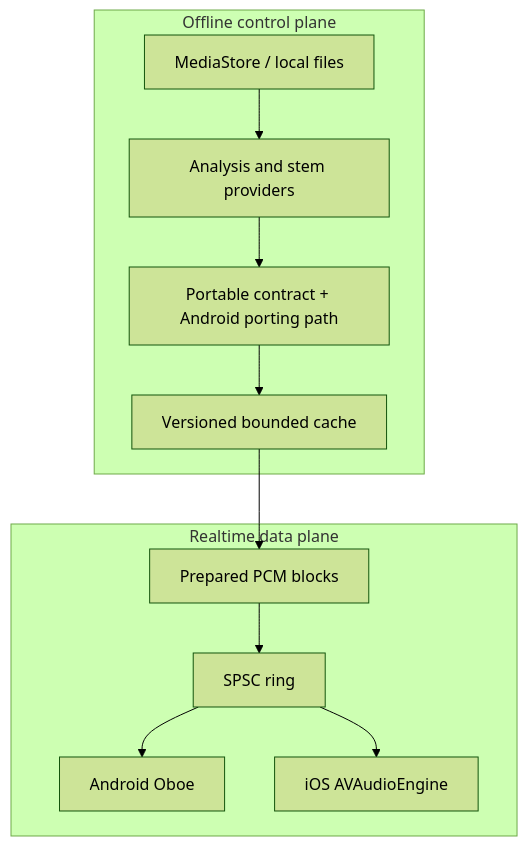
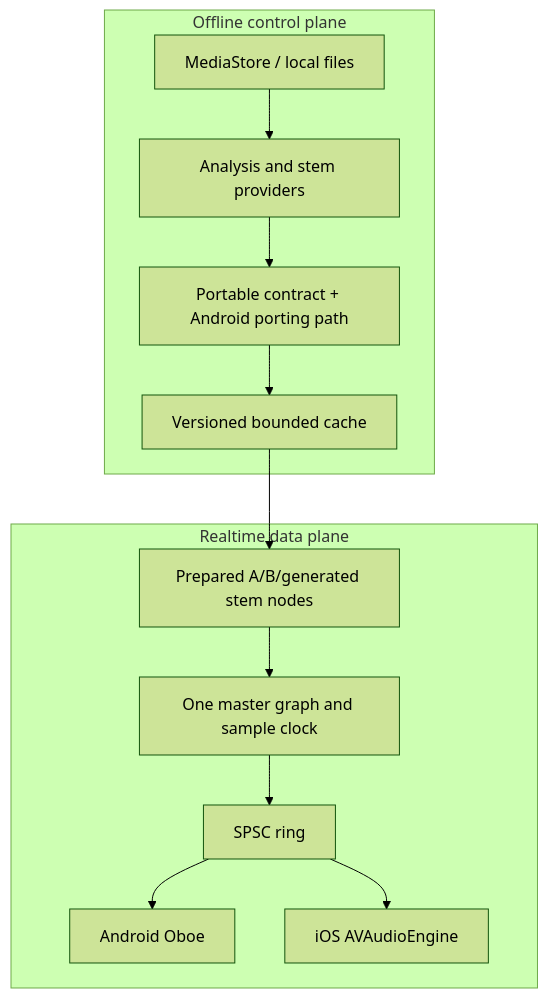
Before and after one commit to shredELIline/autoremix: the second of 2 diagrams in README.md, drawn with Mermaid (forest theme). The commit also changed other lines of this file and 9 other files, not shown here.

````diff
--- a/README.md
+++ b/README.md
@@ -86,14 +82,15 @@
 ```mermaid
 flowchart TB
   subgraph Control["Offline control plane"]
     Media["MediaStore / local files"] --> Providers["Analysis and stem providers"]
     Providers --> Planner["Portable contract + Android porting path"]
     Planner --> Cache["Versioned bounded cache"]
   end
   subgraph Data["Realtime data plane"]
-    Cache --> PCM["Prepared PCM blocks"]
-    PCM --> SPSC["SPSC ring"]
+    Cache --> Nodes["Prepared A/B/generated stem nodes"]
+    Nodes --> Graph["One master graph and sample clock"]
+    Graph --> SPSC["SPSC ring"]
     SPSC --> Android["Android Oboe"]
     SPSC --> iOS["iOS AVAudioEngine"]
   end
 ```
````
